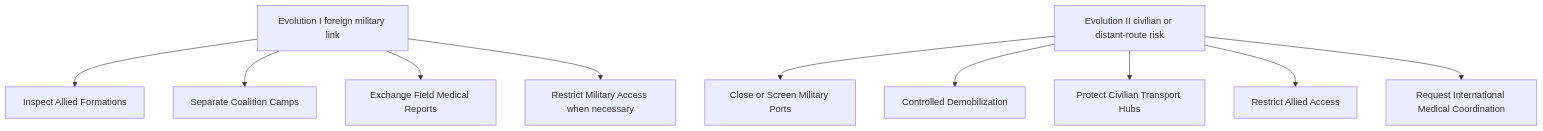
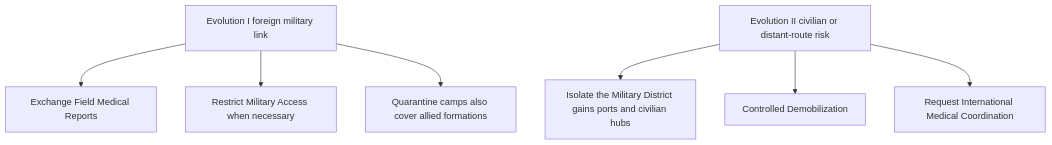
Before and after one commit to klimPaskov/Chaos-Redux: the second of 2 diagrams in docs/specs/041_disease_in_divisions_specs/diagrams/041_disease_in_divisions_decision_state_map.md, drawn with Mermaid. The commit also changed other lines of this file and 13 other files, not shown here.

````diff
--- a/docs/specs/041_disease_in_divisions_specs/diagrams/041_disease_in_divisions_decision_state_map.md
+++ b/docs/specs/041_disease_in_divisions_specs/diagrams/041_disease_in_divisions_decision_state_map.md
@@ -28,13 +27,10 @@
 ```mermaid
 flowchart TD
-    A[Evolution I foreign military link] --> B[Inspect Allied Formations]
-    A --> C[Separate Coalition Camps]
-    A --> D[Exchange Field Medical Reports]
+    A[Evolution I foreign military link] --> D[Exchange Field Medical Reports]
     A --> E[Restrict Military Access when necessary]
+    A --> C[Quarantine camps also cover allied formations]
 
-    F[Evolution II civilian or distant-route risk] --> G[Close or Screen Military Ports]
+    F[Evolution II civilian or distant-route risk] --> G[Isolate the Military District gains ports and civilian hubs]
     F --> H[Controlled Demobilization]
-    F --> I[Protect Civilian Transport Hubs]
-    F --> J[Restrict Allied Access]
     F --> K[Request International Medical Coordination]
 ```
````
